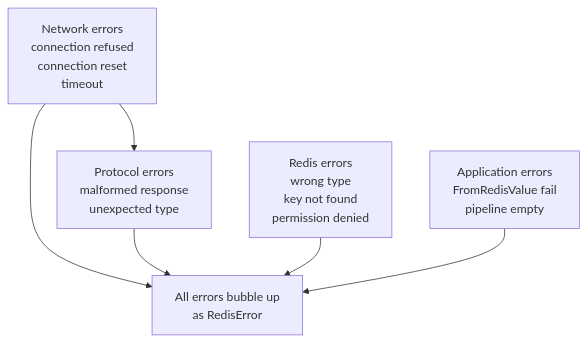
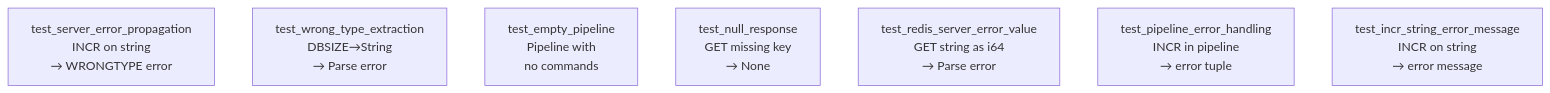
One commit to microscaler/may_redis changed the diagram in docs/Epics/Epic_6/Story_3.md. Above: the diagram before and after it, drawn with Mermaid. The commit also changed other lines of this file and 4 other files, not shown here.

Commit message:
feat: complete Epic 6 — concurrency tests, error handling tests, and migration guide

````diff
--- a/docs/Epics/Epic_6/Story_3.md
+++ b/docs/Epics/Epic_6/Story_3.md
@@ -15,11 +15,10 @@
 ```mermaid
-flowchart TD
-    E1[Network errors<br/>connection refused<br/>connection reset<br/>timeout] --> E2[Protocol errors<br/>malformed response<br/>unexpected type]
-    E3[Redis errors<br/>wrong type<br/>key not found<br/>permission denied]
-    E4[Application errors<br/>FromRedisValue fail<br/>pipeline empty]
-    
-    E1 --> VERIFY[All errors bubble up<br/>as RedisError]
-    E2 --> VERIFY
-    E3 --> VERIFY
-    E4 --> VERIFY
+graph TB
+    EC1[test_server_error_propagation<br/>INCR on string<br/>→ WRONGTYPE error]
+    EC2[test_wrong_type_extraction<br/>DBSIZE→String<br/>→ Parse error]
+    EC3[test_empty_pipeline<br/>Pipeline with<br/>no commands]
+    EC4[test_null_response<br/>GET missing key<br/>→ None]
+    EC5[test_redis_server_error_value<br/>GET string as i64<br/>→ Parse error]
+    EC6[test_pipeline_error_handling<br/>INCR in pipeline<br/>→ error tuple]
+    EC7[test_incr_string_error_message<br/>INCR on string<br/>→ error message]
 ```
````
